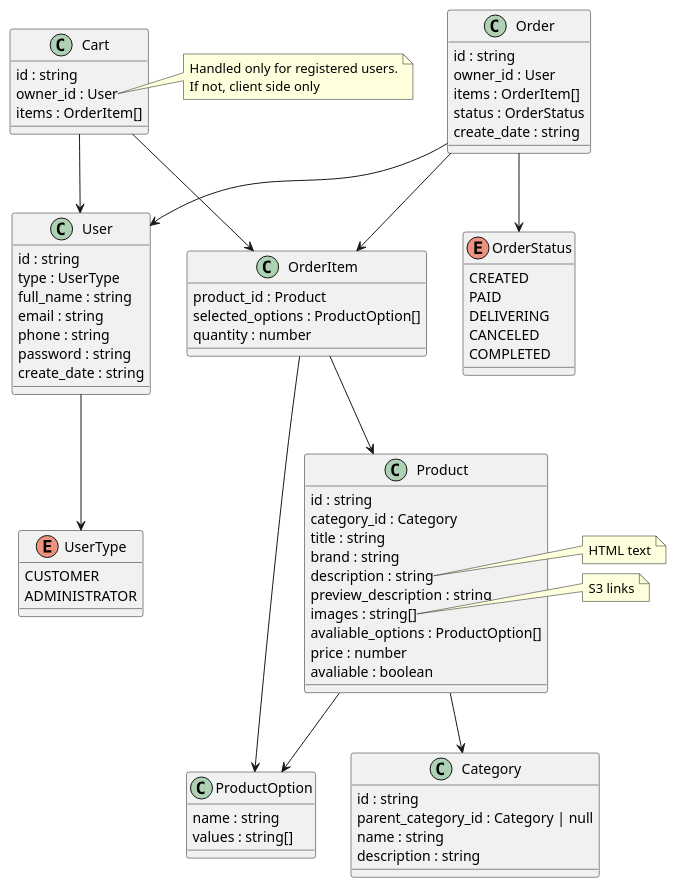
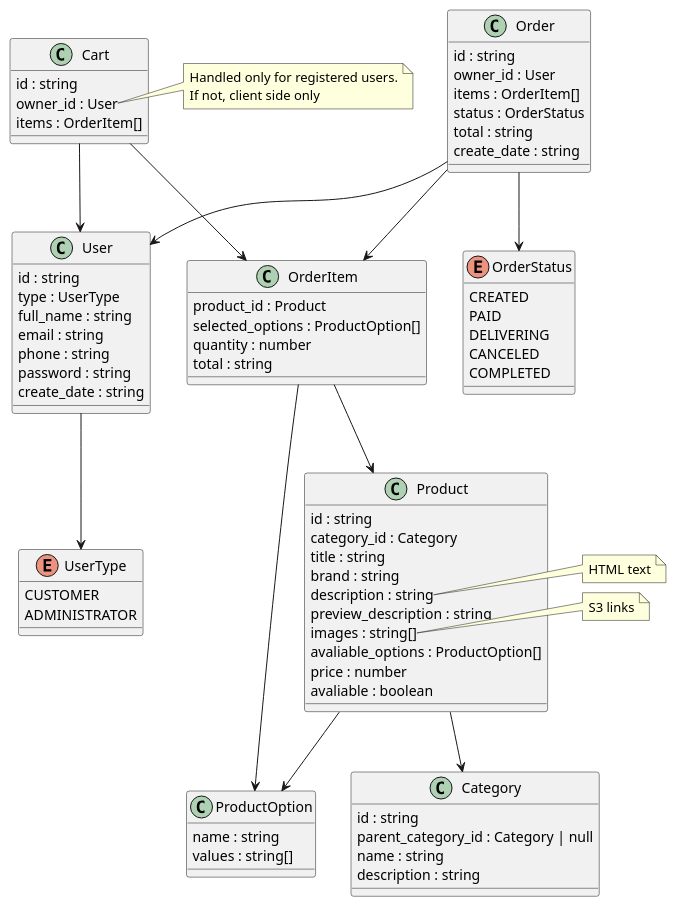
One commit to async-devil/coffee-e-shop changed the diagram in docs/models.puml. Above: the diagram before and after it, drawn with PlantUML.

Commit message:
docs: add prices to models documentation

```diff
--- a/docs/models.puml
+++ b/docs/models.puml
@@ -1,100 +1,102 @@
 @startuml models
 
 class User {
   id : string
   type : UserType
   full_name : string
   email : string
   phone : string
   password : string
   create_date : string
 }
 
 enum UserType {
   CUSTOMER
   ADMINISTRATOR
 }
 
 class Product {
   id : string
   category_id : Category
   title : string
   brand : string
   description : string
   preview_description : string
   images : string[]
   avaliable_options : ProductOption[]
   price : number
   avaliable : boolean
 }
 
 note right of Product::description
   HTML text
 end note
 
 note right of Product::images
   S3 links
 end note
 
 class ProductOption {
   name : string
   values : string[]
 }
 
 class Category {
   id : string
   parent_category_id : Category | null
   name : string
   description : string
 }
 
 class Order {
   id : string
   owner_id : User
   items : OrderItem[]
   status : OrderStatus
+  total : string
   create_date : string
 }
 
 enum OrderStatus {
   CREATED
   PAID
   DELIVERING
   CANCELED
   COMPLETED
 }
 
 class OrderItem {
   product_id : Product
   selected_options : ProductOption[]
   quantity : number
+  total : string
 }
 
 class Cart {
   id : string
   owner_id : User
   items : OrderItem[]
 }
 
 note right of Cart::owner_id
   Handled only for registered users.
   If not, client side only
 end note
 
 
 User --> UserType
 
 Product --> ProductOption
 Product --> Category
 
 Order --> User
 Order --> OrderItem
 Order --> OrderStatus
 
 OrderItem --> Product
 OrderItem --> ProductOption
 
 Cart --> User
 Cart --> OrderItem
 
 @enduml
```
